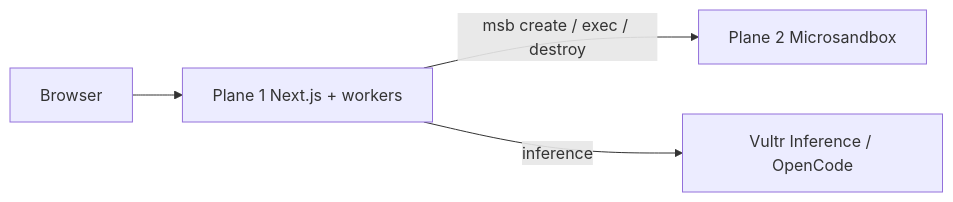
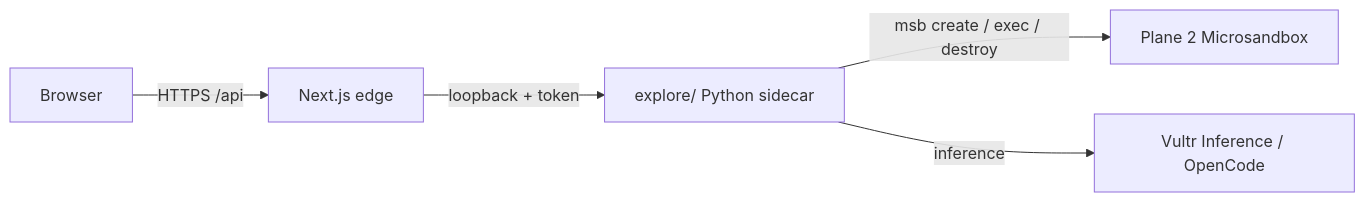
One commit to ludvigodin/killhub changed the diagram in API.md. Above: the diagram before and after it, drawn with Mermaid. The commit also changed other lines of this file and 10 other files, not shown here.

Commit message:
Update AGENTS.md, API.md, ARCHITECTURE.md, DATABASE.md, and IMPLEMENTATION files

````diff
--- a/API.md
+++ b/API.md
@@ -11,6 +11,7 @@
 ```mermaid
 flowchart LR
-  Browser --> Next["Plane 1 Next.js + workers"]
-  Next -->|"msb create / exec / destroy"| VM["Plane 2 Microsandbox"]
-  Next -->|"inference"| Inference["Vultr Inference / OpenCode"]
+  Browser -->|"HTTPS /api"| Next["Next.js edge"]
+  Next -->|"loopback + token"| Explore["explore/ Python sidecar"]
+  Explore -->|"msb create / exec / destroy"| VM["Plane 2 Microsandbox"]
+  Explore -->|"inference"| Inference["Vultr Inference / OpenCode"]
 ```
````
